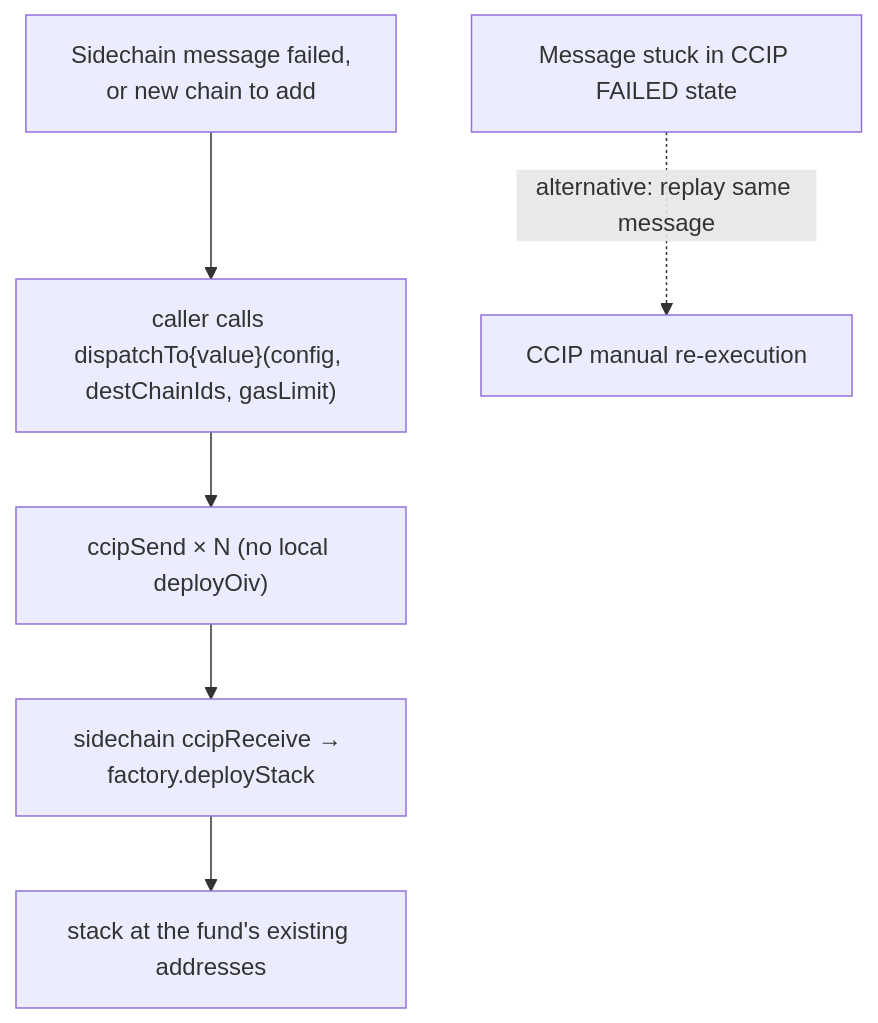
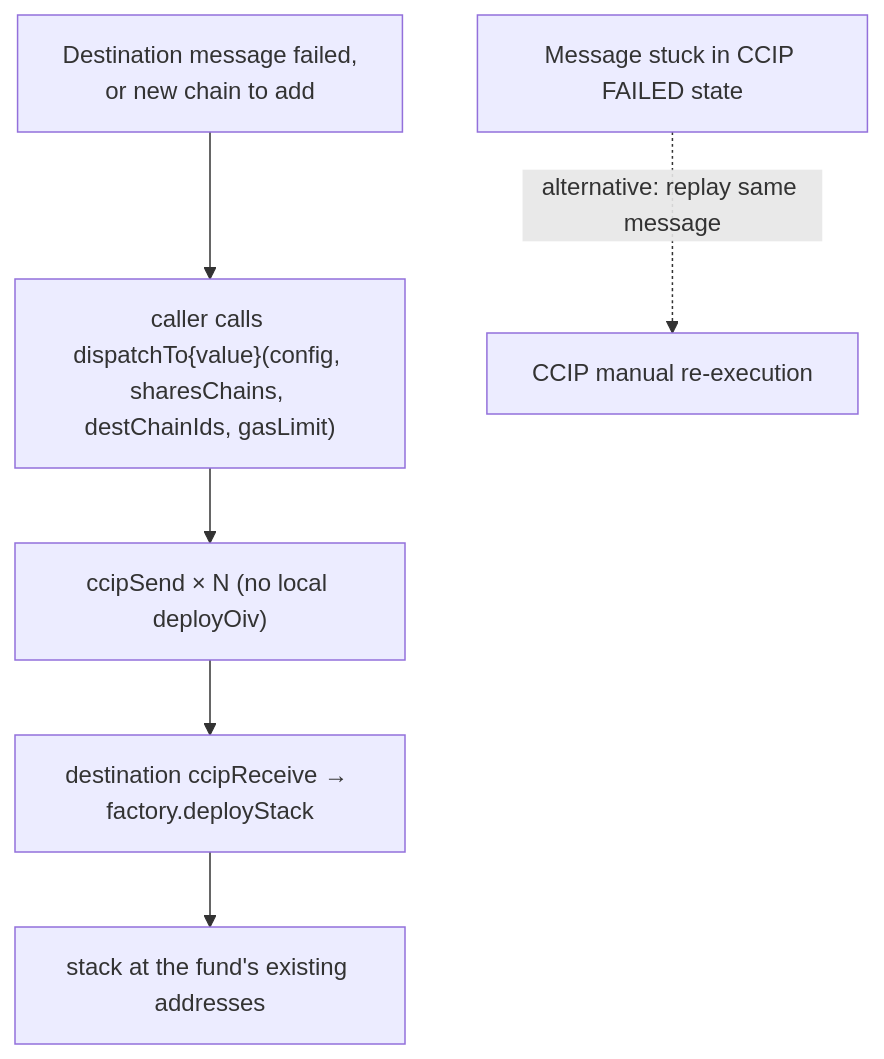
One commit to karpatkey/onchain-investment-vehicles changed the third of 3 diagrams in docs/CCIP_FUND_DEPLOYMENT_FLOW.md. Above: the diagram before and after it, drawn with Mermaid. The commit also changed other lines of this file and 66 other files, not shown here.

First line of the commit message:
feat(ccip): any wired chain can fan out, and the registry is seeded at construction (#50)

````diff
--- a/docs/CCIP_FUND_DEPLOYMENT_FLOW.md
+++ b/docs/CCIP_FUND_DEPLOYMENT_FLOW.md
@@ -81,8 +160,8 @@
 ```mermaid
 flowchart TD
-    A["Sidechain message failed,<br/>or new chain to add"] --> B["caller calls dispatchTo{value}(config, destChainIds, gasLimit)"]
+    A["Destination message failed,<br/>or new chain to add"] --> B["caller calls dispatchTo{value}(config, sharesChains, destChainIds, gasLimit)"]
     B --> C["ccipSend × N (no local deployOiv)"]
-    C --> D["sidechain ccipReceive → factory.deployStack"]
+    C --> D["destination ccipReceive → factory.deployStack"]
     D --> E["stack at the fund's existing addresses"]
     A2["Message stuck in CCIP FAILED state"] -.->|"alternative: replay same message"| M["CCIP manual re-execution"]
 ```
````
